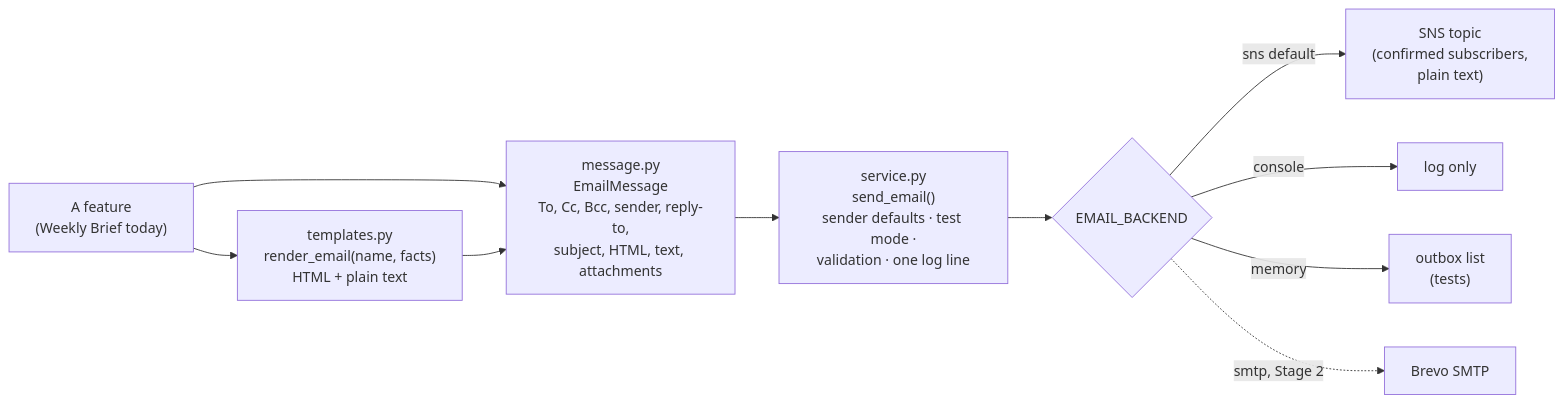
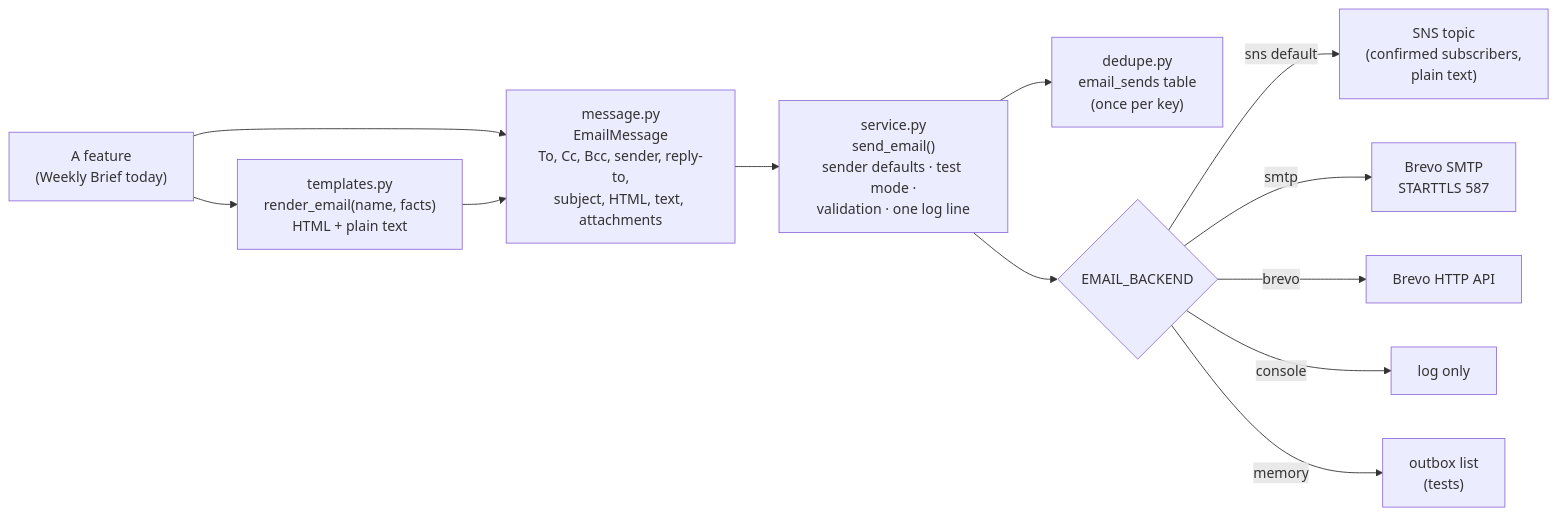
The first of 2 diagrams in docs/09-email-service.md (saimuthiki/halcyon-deliverylens), drawn with Mermaid before and after one commit. The commit also changed other lines of this file and 22 other files, not shown here.

````diff
--- a/docs/09-email-service.md
+++ b/docs/09-email-service.md
@@ -12,12 +14,14 @@
 ```mermaid
 flowchart LR
   F["A feature<br/>(Weekly Brief today)"] --> T["templates.py<br/>render_email(name, facts)<br/>HTML + plain text"]
   F --> M["message.py<br/>EmailMessage<br/>To, Cc, Bcc, sender, reply-to,<br/>subject, HTML, text, attachments"]
   T --> M
   M --> S["service.py<br/>send_email()<br/>sender defaults · test mode ·<br/>validation · one log line"]
+  S --> D["dedupe.py<br/>email_sends table<br/>(once per key)"]
   S --> B{"EMAIL_BACKEND"}
   B -->|sns default| SNS["SNS topic<br/>(confirmed subscribers,<br/>plain text)"]
+  B -->|smtp| SMTP["Brevo SMTP<br/>STARTTLS 587"]
+  B -->|brevo| API["Brevo HTTP API"]
   B -->|console| C["log only"]
   B -->|memory| MEM["outbox list<br/>(tests)"]
-  B -.->|smtp, Stage 2| BR["Brevo SMTP"]
 ```
````
